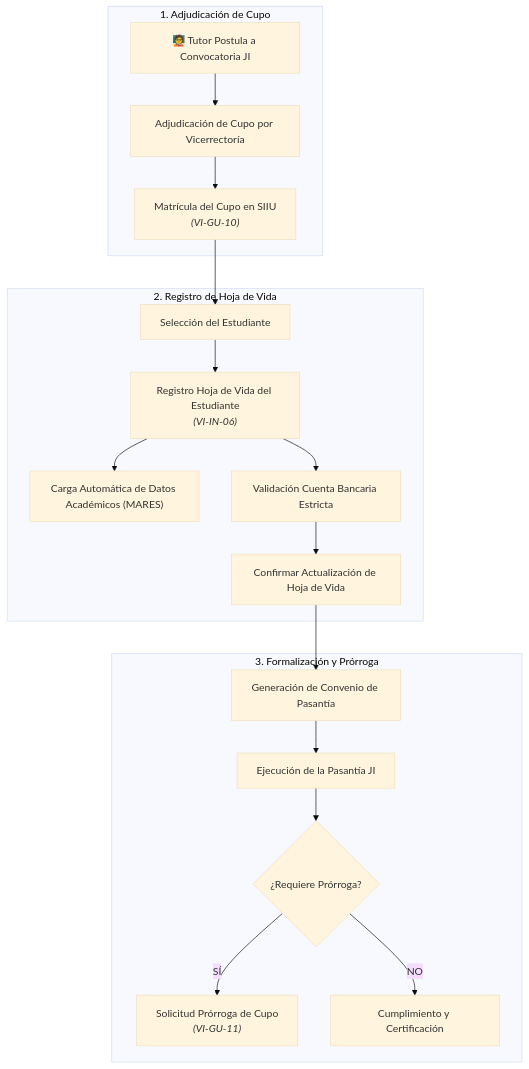
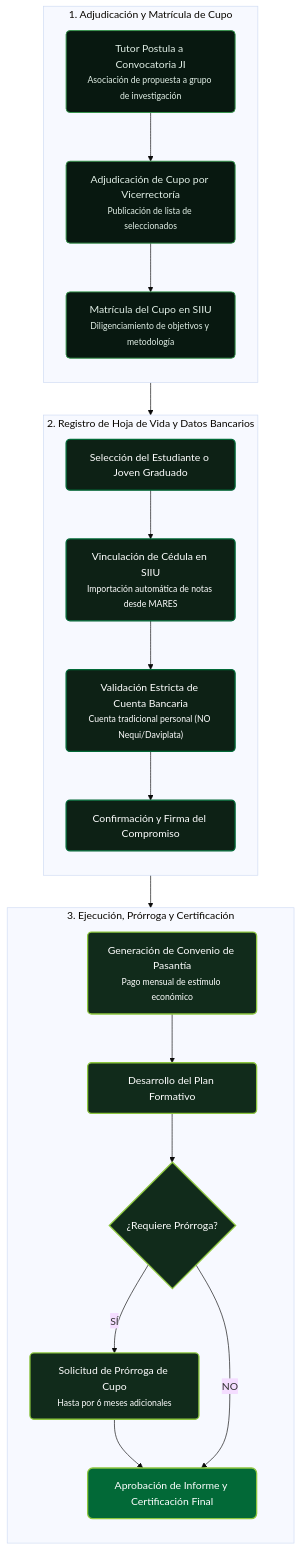
The diagram in wiki/02_PROCESOS_CLAVE/Programa_Joven_Investigador.md (Colors-svg/Wiki), drawn with Mermaid (base theme) before and after one commit. The commit also changed other lines of this file and 88 other files, not shown here.

````diff
--- a/wiki/02_PROCESOS_CLAVE/Programa_Joven_Investigador.md
+++ b/wiki/02_PROCESOS_CLAVE/Programa_Joven_Investigador.md
@@ -5,23 +5,39 @@
 ```mermaid
 flowchart TD
-    subgraph ETAPA1["1. Adjudicación de Cupo"]
-        TUT["🧑‍🏫 Tutor Postula a Convocatoria JI"] --> ADJ["Adjudicación de Cupo por Vicerrectoría"]
-        ADJ --> MAT_CUPO["Matrícula del Cupo en SIIU<br><i>(VI-GU-10)</i>"]
+    classDef tutor fill:#081810,stroke:#35944B,stroke-width:1.5px,color:#E1EFE6,rx:6px,ry:6px;
+    classDef est fill:#0D2115,stroke:#026937,stroke-width:2px,color:#FFFFFF,rx:6px,ry:6px;
+    classDef decision fill:#112B1B,stroke:#8DC63F,stroke-width:2px,color:#FFFFFF,rx:6px,ry:6px;
+    classDef final fill:#026937,stroke:#8DC63F,stroke-width:2px,color:#FFFFFF,rx:8px,ry:8px;
+
+    subgraph ETAPA1 ["1. Adjudicación y Matrícula de Cupo"]
+        direction TB
+        TUT["Tutor Postula a Convocatoria JI<br><small>Asociación de propuesta a grupo de investigación</small>"]:::tutor
+        ADJ["Adjudicación de Cupo por Vicerrectoría<br><small>Publicación de lista de seleccionados</small>"]:::tutor
+        MAT_CUPO["Matrícula del Cupo en SIIU<br><small>Diligenciamiento de objetivos y metodología</small>"]:::tutor
+        TUT --> ADJ --> MAT_CUPO
     end
 
-    subgraph ETAPA2["2. Registro de Hoja de Vida"]
-        MAT_CUPO --> SEL_EST["Selección del Estudiante"]
-        SEL_EST --> REG_HV["Registro Hoja de Vida del Estudiante<br><i>(VI-IN-06)</i>"]
-        REG_HV --> MARES["Carga Automática de Datos Académicos (MARES)"]
-        REG_HV --> BANCO["Validación Cuenta Bancaria Estricta"]
-        BANCO --> CONF_HV["Confirmar Actualización de Hoja de Vida"]
+    subgraph ETAPA2 ["2. Registro de Hoja de Vida y Datos Bancarios"]
+        direction TB
+        SEL_EST["Selección del Estudiante o Joven Graduado"]:::est
+        REG_HV["Vinculación de Cédula en SIIU<br><small>Importación automática de notas desde MARES</small>"]:::est
+        BANCO["Validación Estricta de Cuenta Bancaria<br><small>Cuenta tradicional personal (NO Nequi/Daviplata)</small>"]:::est
+        CONF_HV["Confirmación y Firma del Compromiso"]:::est
+        SEL_EST --> REG_HV --> BANCO --> CONF_HV
     end
 
-    subgraph ETAPA3["3. Formalización y Prórroga"]
-        CONF_HV --> CONV["Generación de Convenio de Pasantía"]
-        CONV --> EJEC_JI["Ejecución de la Pasantía JI"]
-        EJEC_JI --> PRORR{"¿Requiere Prórroga?"}
-        PRORR -->|SÍ| SOL_PRORR["Solicitud Prórroga de Cupo<br><i>(VI-GU-11)</i>"]
-        PRORR -->|NO| FIN_JI["Cumplimiento y Certificación"]
+    subgraph ETAPA3 ["3. Ejecución, Prórroga y Certificación"]
+        direction TB
+        CONV["Generación de Convenio de Pasantía<br><small>Pago mensual de estímulo económico</small>"]:::decision
+        EJEC_JI["Desarrollo del Plan Formativo"]:::decision
+        PRORR{"¿Requiere Prórroga?"}:::decision
+        SOL_PRORR["Solicitud de Prórroga de Cupo<br><small>Hasta por 6 meses adicionales</small>"]:::decision
+        FIN_JI["Aprobación de Informe y Certificación Final"]:::final
+        CONV --> EJEC_JI --> PRORR
+        PRORR -->|SÍ| SOL_PRORR --> FIN_JI
+        PRORR -->|NO| FIN_JI
     end
+
+    MAT_CUPO --> SEL_EST
+    CONF_HV --> CONV
 ```
````
